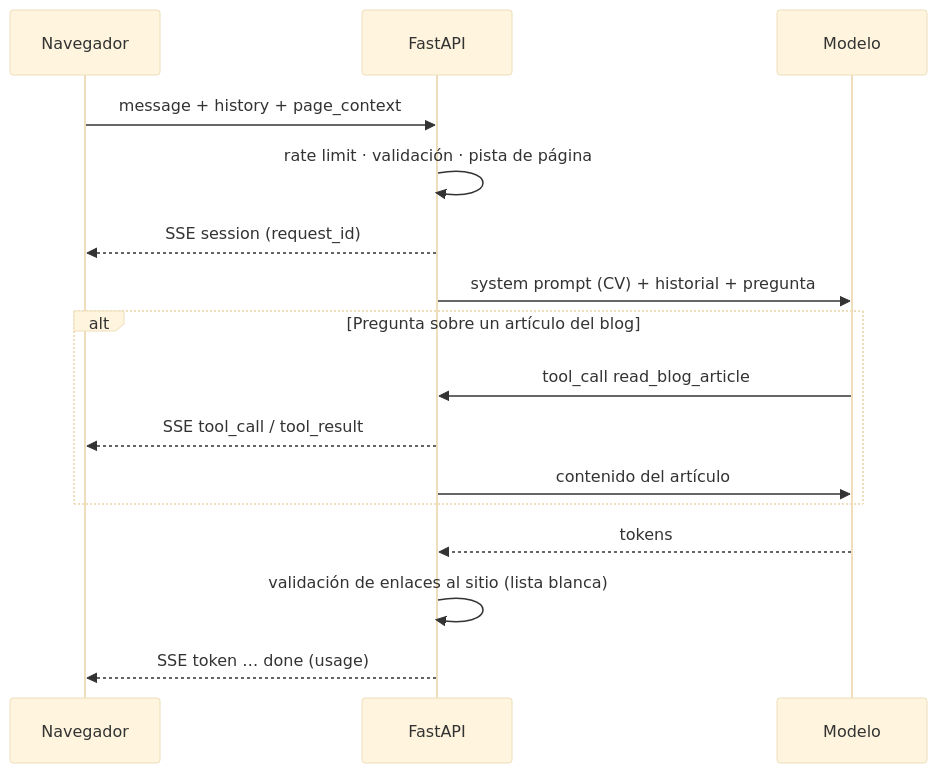
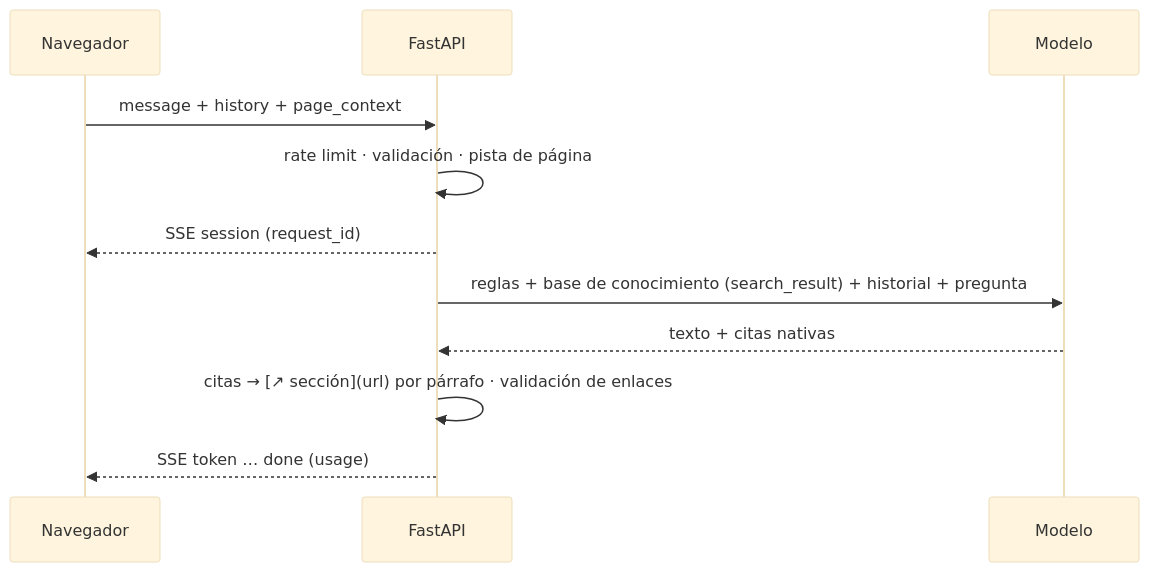
The second of 2 diagrams in CV/Chatbot/README.md (DemetrioTahoces/DemetrioTahoces.github.io), drawn with Mermaid (base theme) before and after one commit. The commit also changed other lines of this file and 16 other files, not shown here.

First line of the commit message:
feature(chatbot): citas nativas, blog en contexto y sección MCP en docs

````diff
--- a/CV/Chatbot/README.md
+++ b/CV/Chatbot/README.md
@@ -38,18 +36,13 @@
 ```mermaid
 sequenceDiagram
     participant B as Navegador
     participant F as FastAPI
     participant M as Modelo
     B->>F: message + history + page_context
     F->>F: rate limit · validación · pista de página
     F-->>B: SSE session (request_id)
-    F->>M: system prompt (CV) + historial + pregunta
-    alt Pregunta sobre un artículo del blog
-        M->>F: tool_call read_blog_article
-        F-->>B: SSE tool_call / tool_result
-        F->>M: contenido del artículo
-    end
-    M-->>F: tokens
-    F->>F: validación de enlaces al sitio (lista blanca)
+    F->>M: reglas + base de conocimiento (search_result) + historial + pregunta
+    M-->>F: texto + citas nativas
+    F->>F: citas → [↗ sección](url) por párrafo · validación de enlaces
     F-->>B: SSE token … done (usage)
 ```
````
